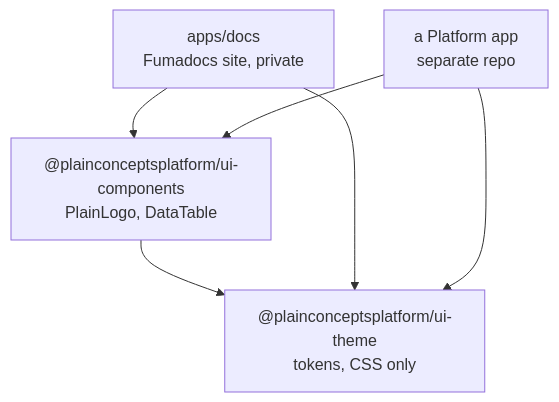
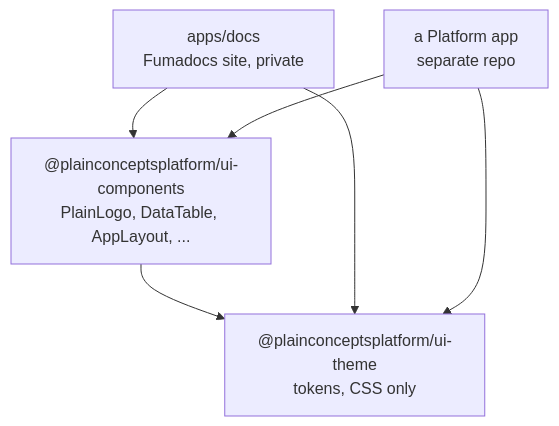
Before and after one commit to PlainConceptsPlatform/foundations: the first of 4 diagrams in ai/ARCHITECTURE.md, drawn with Mermaid. The commit also changed other lines of this file and 24 other files, not shown here.

````diff
--- a/ai/ARCHITECTURE.md
+++ b/ai/ARCHITECTURE.md
@@ -80,13 +87,13 @@
 ```mermaid
 flowchart TD
   theme["@plainconceptsplatform/ui-theme<br/>tokens, CSS only"]
-  components["@plainconceptsplatform/ui-components<br/>PlainLogo, DataTable"]
+  components["@plainconceptsplatform/ui-components<br/>PlainLogo, DataTable, AppLayout, ..."]
   docs["apps/docs<br/>Fumadocs site, private"]
   app["a Platform app<br/>separate repo"]
 
   components --> theme
   docs --> theme
   docs --> components
   app --> theme
   app --> components
 ```
````
